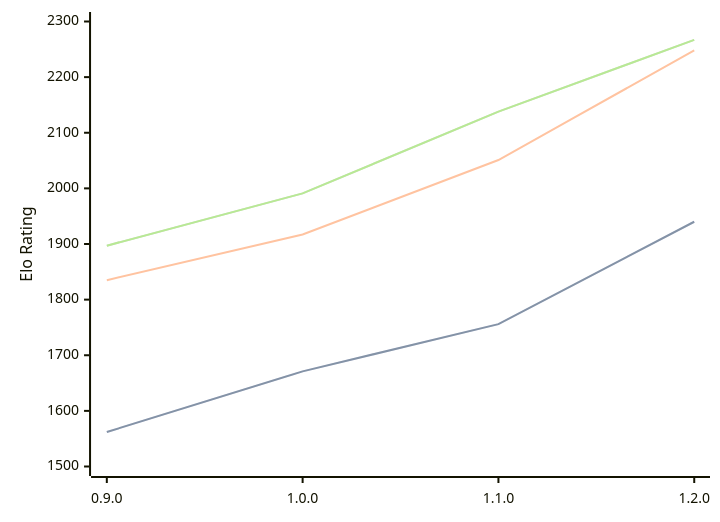
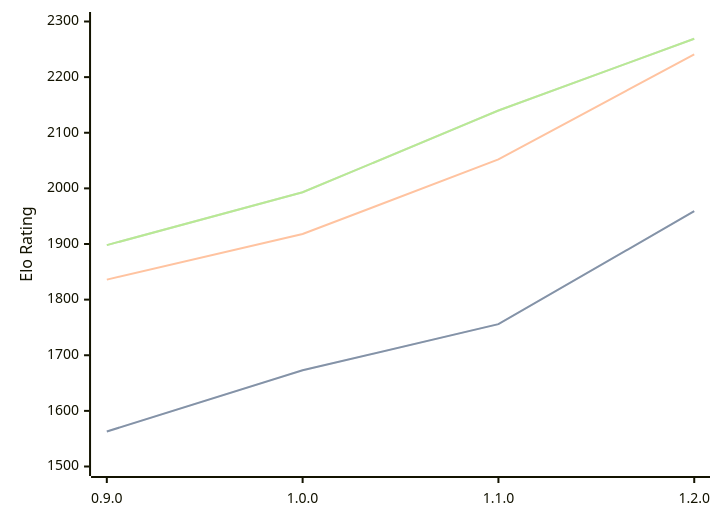
One commit to computer-chess-index/cci changed the diagram in engines/Ratsu.md. Above: the diagram before and after it, drawn with Mermaid. The commit also changed other lines of this file, not shown here.

Commit message:
Update CCI Ratings (ELO VLTC) - 2026-05-16

````diff
--- a/engines/Ratsu.md
+++ b/engines/Ratsu.md
@@ -34,11 +34,11 @@
 ```mermaid
 %%{init: {"theme":"base","themeVariables":{"seriesColors:['#a3a3a3','#222221','#faa371']}}}%%
 xychart-beta
   x-axis ["0.9.0", "1.0.0", "1.1.0", "1.2.0"]
   y-axis "Elo Rating" 1500 --> 2300
-  line "STC (8.0+0.08s)" [1562, 1671, 1756, 1940]
-  line "STC (8.0+0.08s)" [1562, 1671, 1756, 1940]
-  line "LTC (60.0+0.60s)" [1835, 1917, 2051, 2248]
-  line "VLTC (2m24s+1.12s)" [1897, 1991, 2138, 2267]
-  line "VLTC (2m24s+1.12s)" [1897, 1991, 2138, 2267]
+  line "STC (8.0+0.08s)" [1563, 1673, 1756, 1959]
+  line "STC (8.0+0.08s)" [1563, 1673, 1756, 1959]
+  line "LTC (60.0+0.60s)" [1836, 1918, 2052, 2241]
+  line "VLTC (2m24s+1.12s)" [1898, 1993, 2140, 2269]
+  line "VLTC (2m24s+1.12s)" [1898, 1993, 2140, 2269]
 ```
````
